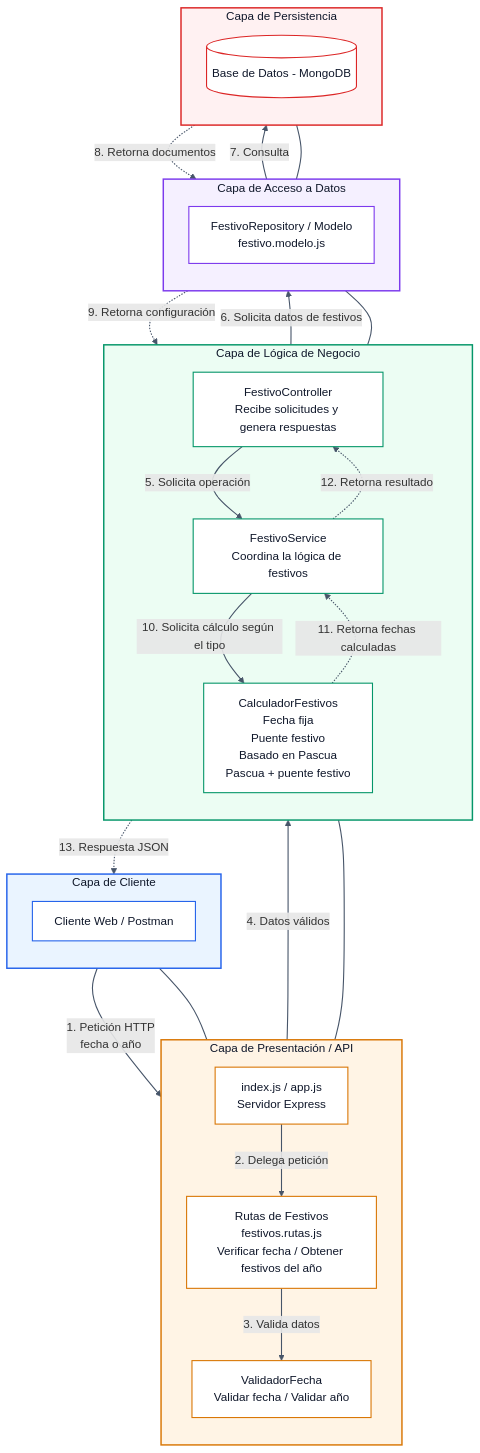
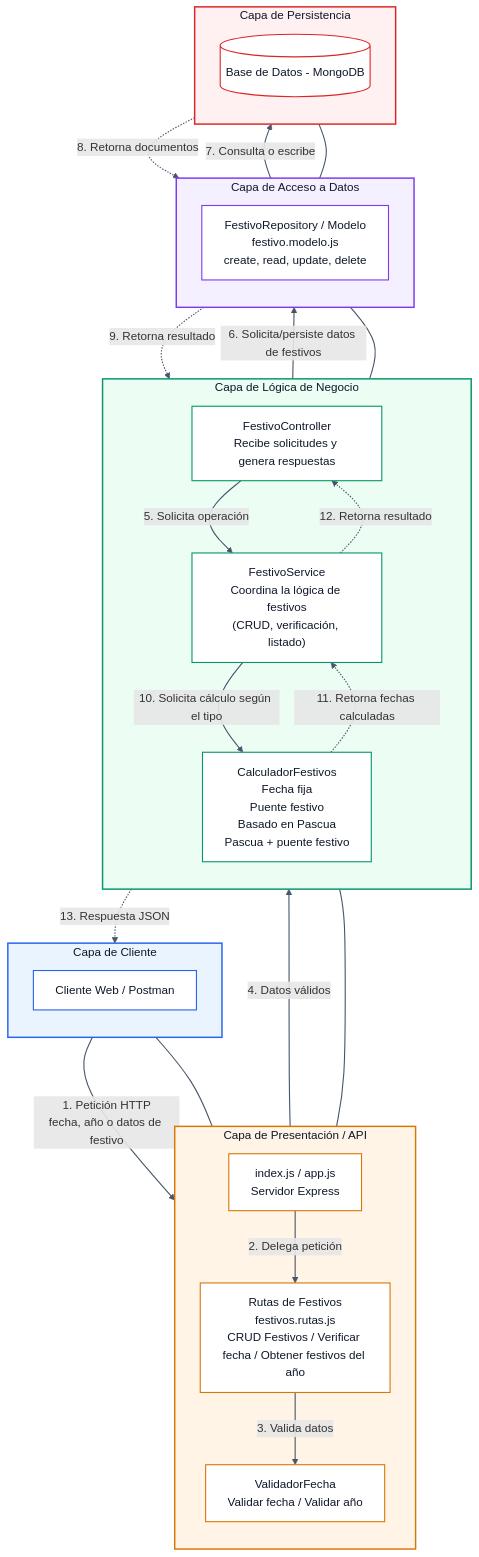
Before and after one commit to ivnmorales/Proyecto_Arquitectura_Festivos: the diagram in diagramas/arquitectura-festivos.md, drawn with Mermaid.

Commit message:
Agrega el CRUD al diagrama

```diff
--- a/diagramas/arquitectura-festivos.md
+++ b/diagramas/arquitectura-festivos.md
@@ -19,7 +19,7 @@
 
         App["index.js / app.js<br/>Servidor Express"]
 
-        Routes["Rutas de Festivos<br/>festivos.rutas.js<br/>Verificar fecha / Obtener festivos del año"]
+        Routes["Rutas de Festivos<br/>festivos.rutas.js<br/>CRUD Festivos / Verificar fecha / Obtener festivos del año"]
 
         Validator["ValidadorFecha<br/>Validar fecha / Validar año"]
     end
@@ -32,7 +32,7 @@
 
         Controller["FestivoController<br/>Recibe solicitudes y genera respuestas"]
 
-        Service["FestivoService<br/>Coordina la lógica de festivos"]
+        Service["FestivoService<br/>Coordina la lógica de festivos<br/>(CRUD, verificación, listado)"]
 
         Calculator["CalculadorFestivos<br/>Fecha fija<br/>Puente festivo<br/>Basado en Pascua<br/>Pascua + puente festivo"]
     end
@@ -43,7 +43,7 @@
     subgraph DataAccessLayer["Capa de Acceso a Datos"]
         direction TB
 
-        Repository["FestivoRepository / Modelo<br/>festivo.modelo.js"]
+        Repository["FestivoRepository / Modelo<br/>festivo.modelo.js<br/>create, read, update, delete"]
     end
 
     %% =========================
@@ -58,7 +58,7 @@
     %% =========================
     %% FLUJO DE LA PETICIÓN
     %% =========================
-    Client -->|"1. Petición HTTP<br/>fecha o año"| App
+    Client -->|"1. Petición HTTP<br/>fecha, año o datos de festivo"| App
 
     App -->|"2. Delega petición"| Routes
 
@@ -69,18 +69,19 @@
     Controller -->|"5. Solicita operación"| Service
 
     %% =========================
-    %% CONSULTA DE CONFIGURACIÓN
+    %% CONSULTA O PERSISTENCIA
     %% =========================
-    Service -->|"6. Solicita datos de festivos"| Repository
+    Service -->|"6. Solicita/persiste datos de festivos"| Repository
 
-    Repository -->|"7. Consulta"| DB
+    Repository -->|"7. Consulta o escribe"| DB
 
     DB -.->|"8. Retorna documentos"| Repository
 
-    Repository -.->|"9. Retorna configuración"| Service
+    Repository -.->|"9. Retorna resultado"| Service
 
     %% =========================
     %% CÁLCULO DE FESTIVOS
+    %% (solo aplica a verificación y listado)
     %% =========================
     Service -->|"10. Solicita cálculo según el tipo"| Calculator
 
```
